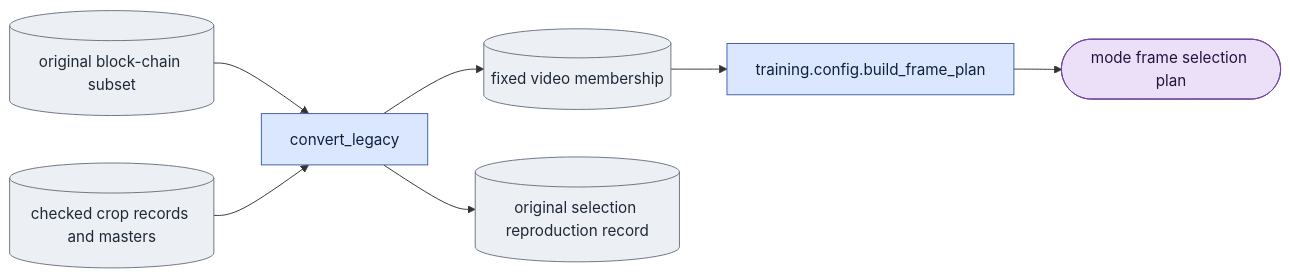
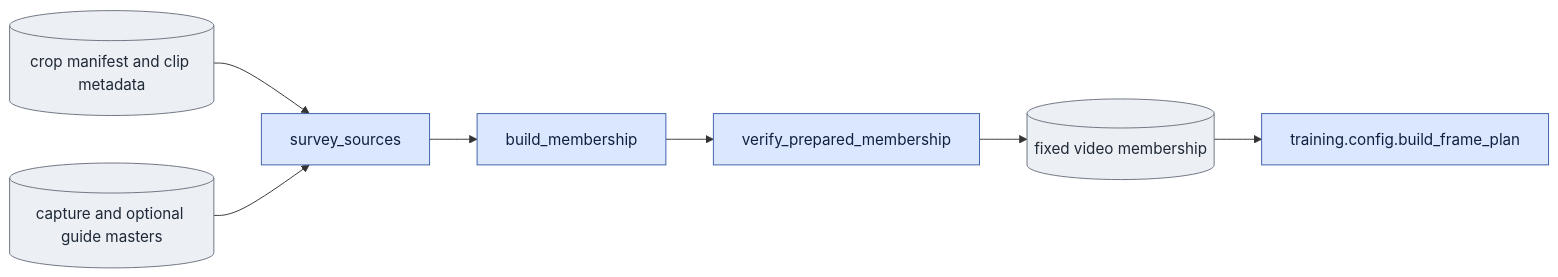
The diagram in scripts/onestep_avatar/doc/corpus/subset.md (AtlantixJJ/LTX-2), drawn with Mermaid before and after one commit. The commit also changed other lines of this file and 136 other files, not shown here.

````diff
--- a/scripts/onestep_avatar/doc/corpus/subset.md
+++ b/scripts/onestep_avatar/doc/corpus/subset.md
@@ -18,14 +13,13 @@
 ```mermaid
 flowchart LR
-  S[("original block-chain subset")] --> C["convert_legacy"]
-  M[("checked crop records and masters")] --> C
-  C --> O[("fixed video membership")]
-  C --> R[("original selection reproduction record")]
-  O --> P["training.config.build_frame_plan"] --> F(["mode frame selection plan"])
+  M[("crop manifest and clip metadata")] --> S["survey_sources"]
+  E[("capture and optional guide masters")] --> S
+  S --> G["build_membership"]
+  G --> V["verify_prepared_membership"]
+  V --> O[("fixed video membership")]
+  O --> P["training.config.build_frame_plan"]
   classDef proc fill:#dbe7ff,stroke:#3b5ea8,color:#10203f;
   classDef disk fill:#eceff3,stroke:#6b7280,color:#1f2937;
-  classDef out fill:#ece0f8,stroke:#7048a0,color:#26123f;
-  class C,P proc;
-  class S,M,O,R disk;
-  class F out;
+  class S,G,V,P proc;
+  class M,E,O disk;
 ```
````
